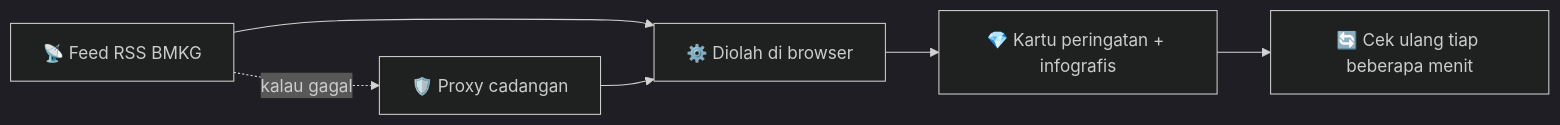
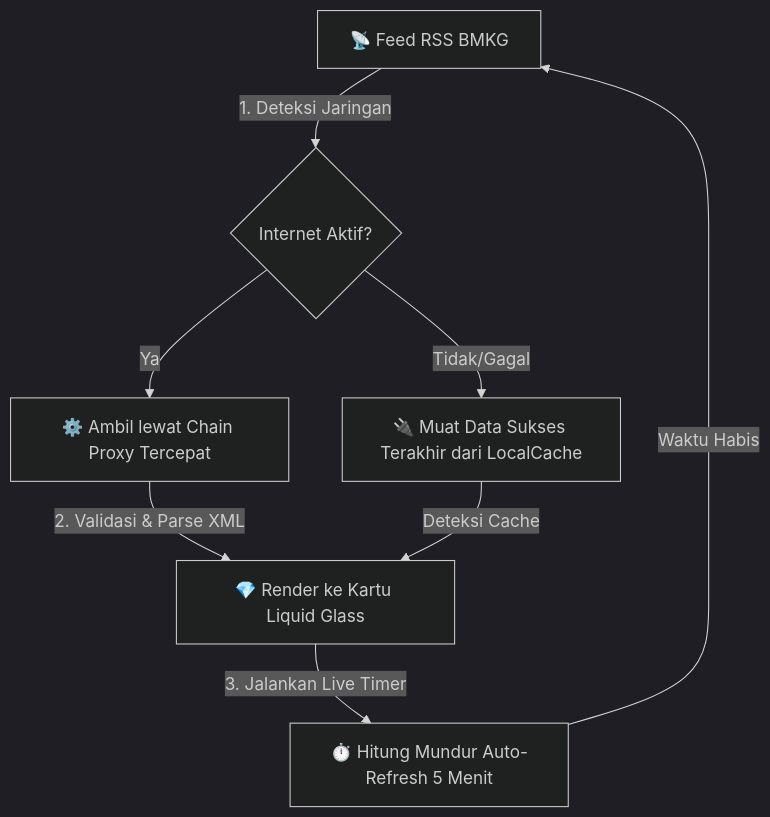
The diagram in README.md (peringatandinicuacakepri/peringatandinicuacakepri.github.io), drawn with Mermaid (dark theme) before and after one commit. The commit also changed other lines of this file, not shown here.

````diff
--- a/README.md
+++ b/README.md
@@ -79,8 +82,10 @@
 ```mermaid
-flowchart LR
-    A[📡 Feed RSS BMKG] --> B[⚙️ Diolah di browser]
-    B --> C[💎 Kartu peringatan + infografis]
-    C --> D[🔄 Cek ulang tiap beberapa menit]
-    A -. kalau gagal .-> E[🛡️ Proxy cadangan]
-    E --> B
+flowchart TD
+    A[📡 Feed RSS BMKG] -->|1. Deteksi Jaringan| B{Internet Aktif?}
+    B -->|Ya| C[⚙️ Ambil lewat Chain Proxy Tercepat]
+    B -->|Tidak/Gagal| D[🔌 Muat Data Sukses Terakhir dari LocalCache]
+    C -->|2. Validasi & Parse XML| E[💎 Render ke Kartu Liquid Glass]
+    D -->|Deteksi Cache| E
+    E -->|3. Jalankan Live Timer| F[⏱️ Hitung Mundur Auto-Refresh 5 Menit]
+    F -->|Waktu Habis| A
 ```
````
